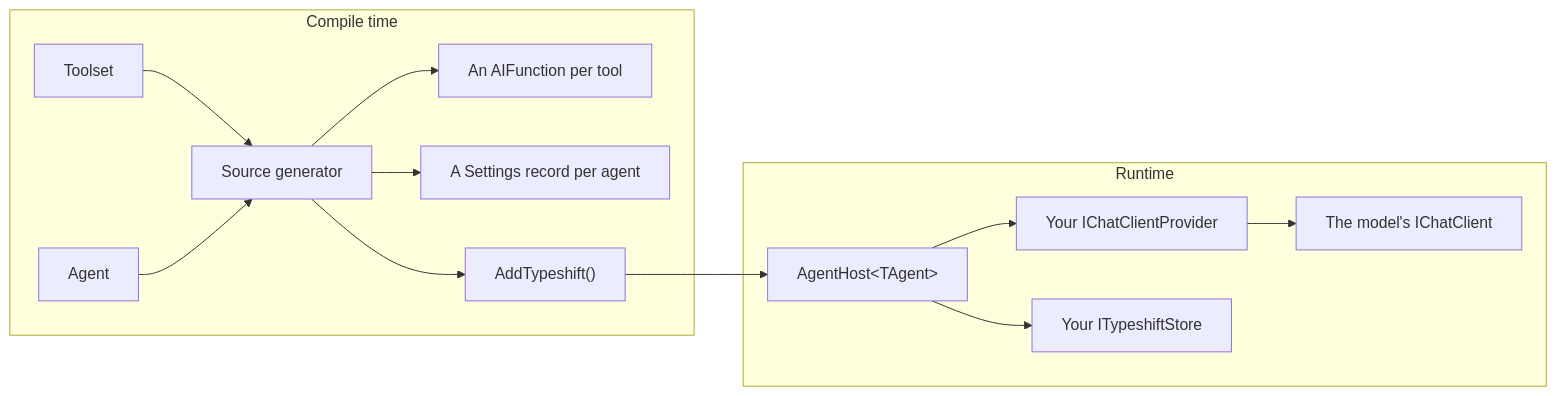
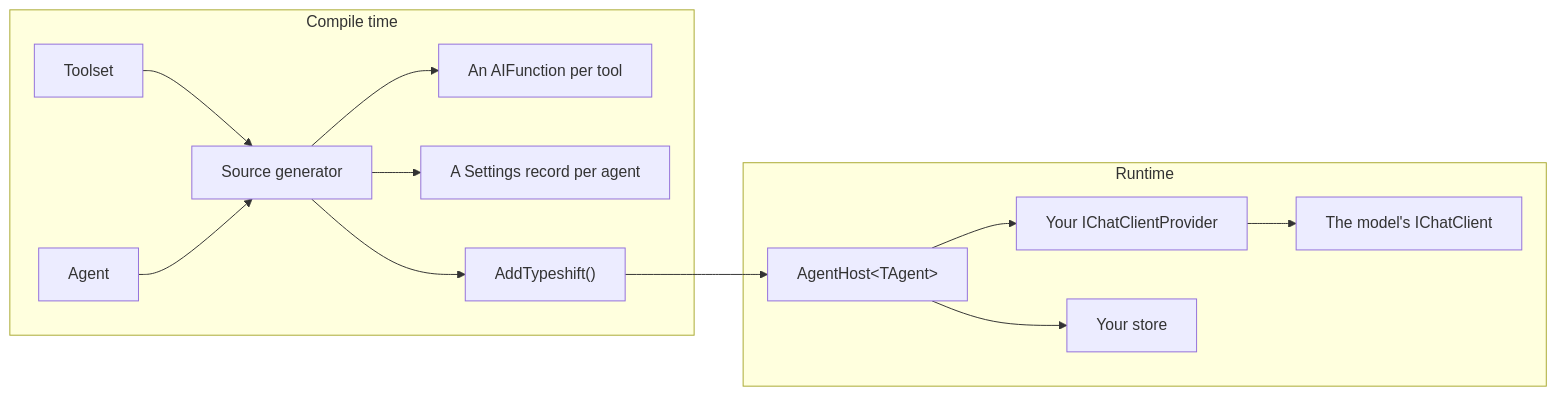
The diagram in docs/guide/getting-started.md (weboost-at/Typeshift), drawn with Mermaid before and after one commit. The commit also changed other lines of this file and 35 other files, not shown here.

````diff
--- a/docs/guide/getting-started.md
+++ b/docs/guide/getting-started.md
@@ -249,16 +249,16 @@
 ```mermaid
 flowchart LR
   subgraph compile [Compile time]
     toolset[Toolset] --> generator[Source generator]
     agent[Agent] --> generator
     generator --> functions[An AIFunction per tool]
     generator --> settings[A Settings record per agent]
     generator --> registration["AddTypeshift()"]
   end
   subgraph runtime [Runtime]
     host["AgentHost&lt;TAgent&gt;"] --> provider[Your IChatClientProvider]
     provider --> client[The model's IChatClient]
-    host --> store[Your ITypeshiftStore]
+    host --> store[Your store]
   end
   registration --> host
 ```
````
